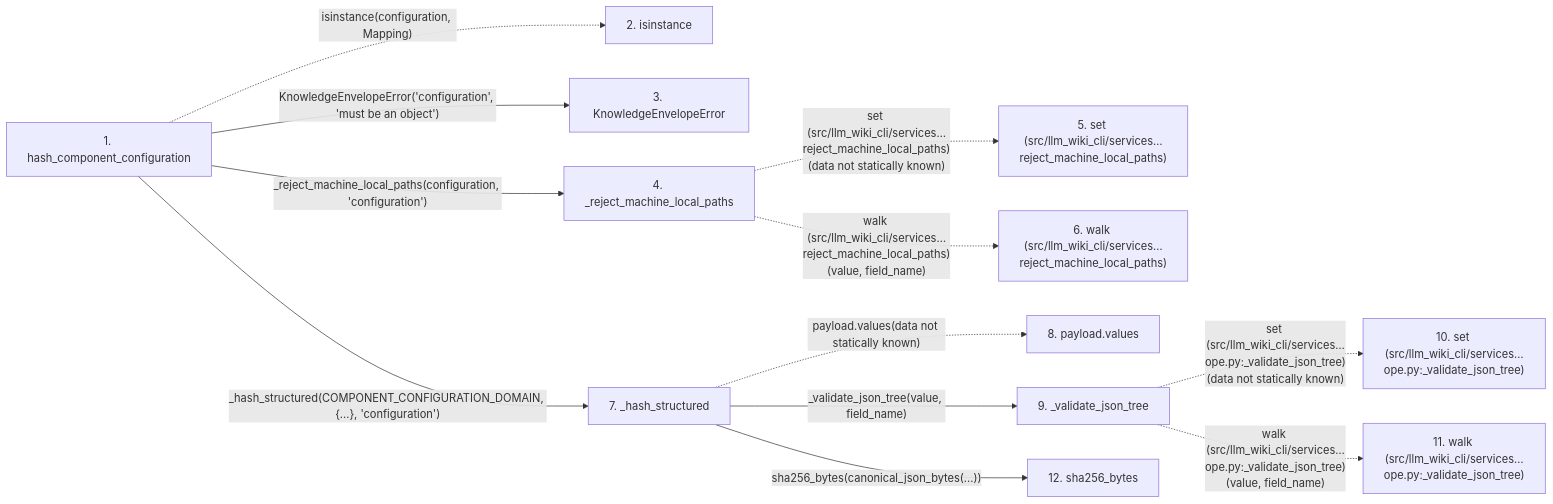
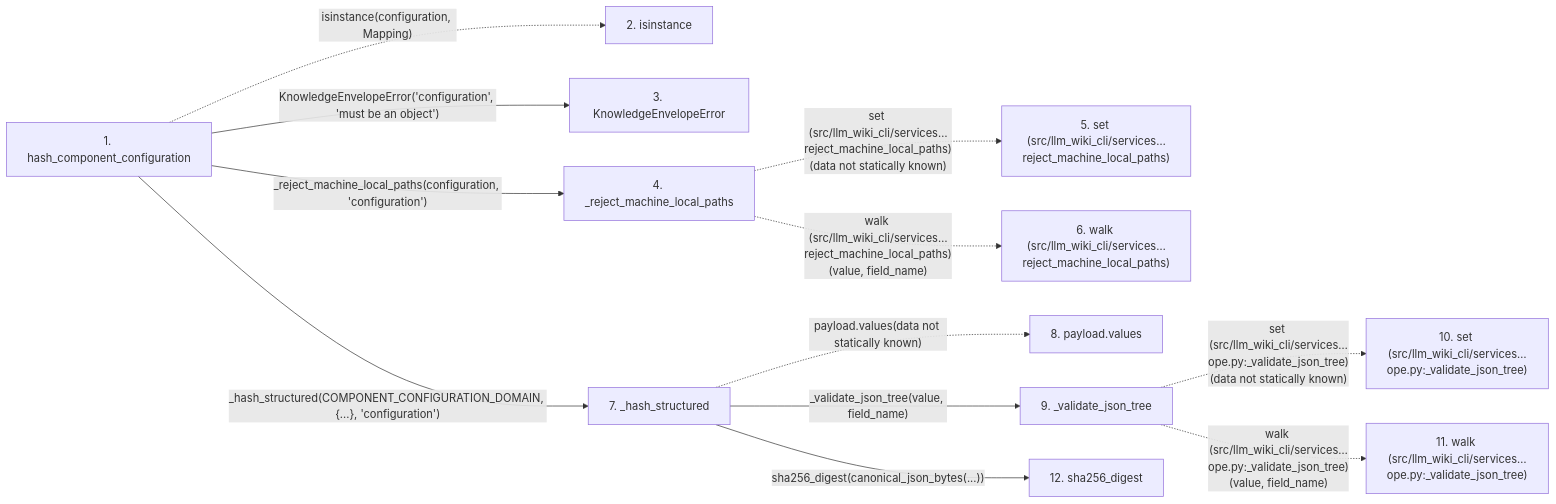
One commit to Denissvgn/python-wiki-llm changed the second of 2 diagrams in docs/llm_wiki/flows/api-hash_component_configuration.md. Above: the diagram before and after it, drawn with Mermaid. The commit also changed other lines of this file and 1555 other files, not shown here.

````diff
--- a/docs/llm_wiki/flows/api-hash_component_configuration.md
+++ b/docs/llm_wiki/flows/api-hash_component_configuration.md
@@ -87,32 +87,32 @@
 ```mermaid
 flowchart LR
     s1["1. hash_component_configuration"]
     s2["2. isinstance"]
     s3["3. KnowledgeEnvelopeError"]
     s4["4. _reject_machine_local_paths"]
     s5["5. set (src/llm_wiki_cli/services…reject_machine_local_paths)"]
     s6["6. walk (src/llm_wiki_cli/services…reject_machine_local_paths)"]
     s7["7. _hash_structured"]
     s8["8. payload.values"]
     s9["9. _validate_json_tree"]
     s10["10. set (src/llm_wiki_cli/services…ope.py:_validate_json_tree)"]
     s11["11. walk (src/llm_wiki_cli/services…ope.py:_validate_json_tree)"]
-    s12["12. sha256_bytes"]
+    s12["12. sha256_digest"]
     s1 -. "isinstance(configuration, Mapping)" .-> s2
     s1 -->|"KnowledgeEnvelopeError('configuration', 'must be an object')"| s3
     s1 -->|"_reject_machine_local_paths(configuration, 'configuration')"| s4
     s4 -. "set (src/llm_wiki_cli/services…reject_machine_local_paths)(data not statically known)" .-> s5
     s4 -. "walk (src/llm_wiki_cli/services…reject_machine_local_paths)(value, field_name)" .-> s6
     s1 -->|"_hash_structured(COMPONENT_CONFIGURATION_DOMAIN, {...}, 'configuration')"| s7
     s7 -. "payload.values(data not statically known)" .-> s8
     s7 -->|"_validate_json_tree(value, field_name)"| s9
     s9 -. "set (src/llm_wiki_cli/services…ope.py:_validate_json_tree)(data not statically known)" .-> s10
     s9 -. "walk (src/llm_wiki_cli/services…ope.py:_validate_json_tree)(value, field_name)" .-> s11
-    s7 -->|"sha256_bytes(canonical_json_bytes(...))"| s12
+    s7 -->|"sha256_digest(canonical_json_bytes(...))"| s12
     click s1 "../modules/knowledge_envelope.md"
     click s3 "../modules/knowledge_envelope.md"
     click s4 "../modules/knowledge_envelope.md"
     click s7 "../modules/knowledge_envelope.md"
     click s9 "../modules/knowledge_envelope.md"
-    click s12 "../modules/knowledge_evidence.md"
+    click s12 "../modules/canonical_json.md"
 ```
````
